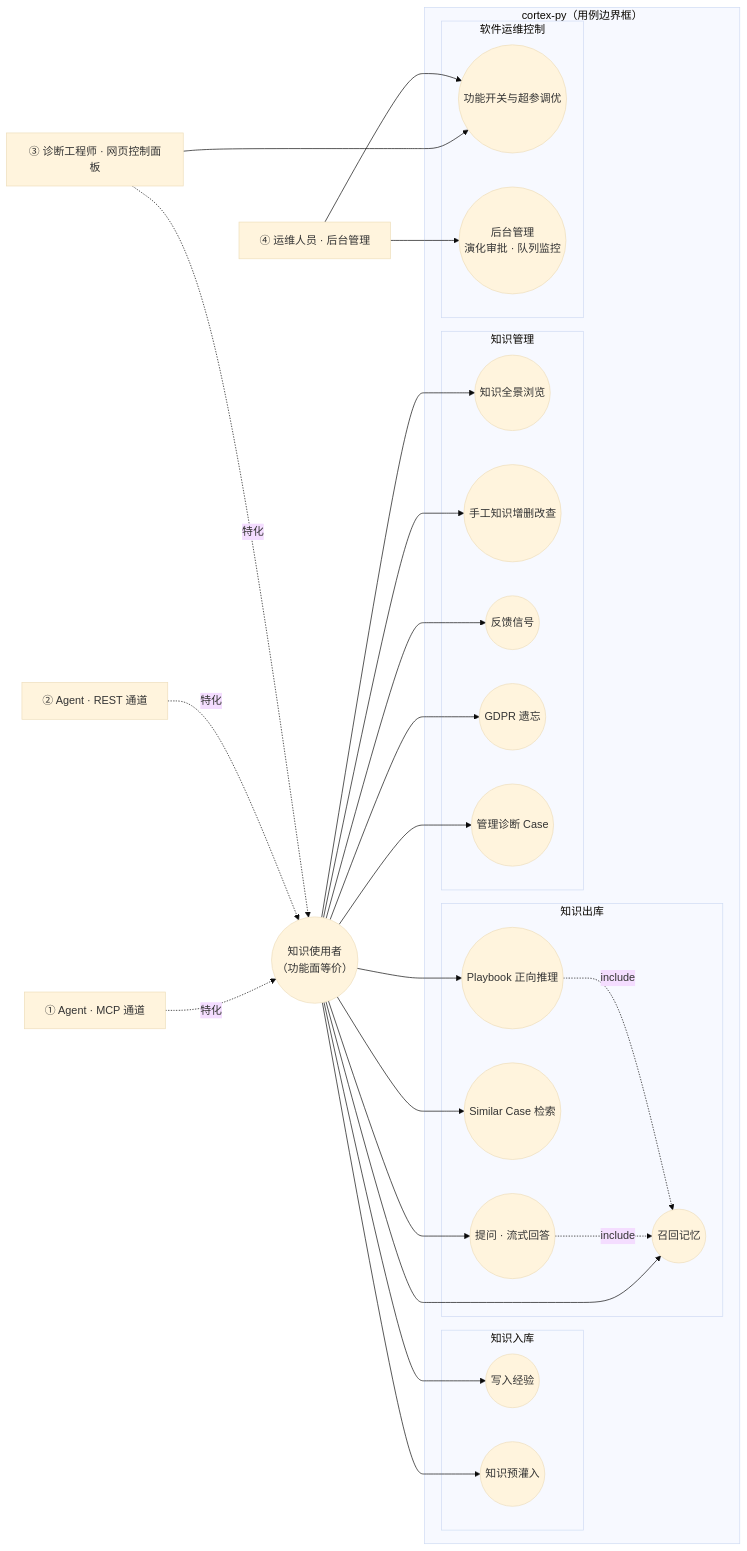
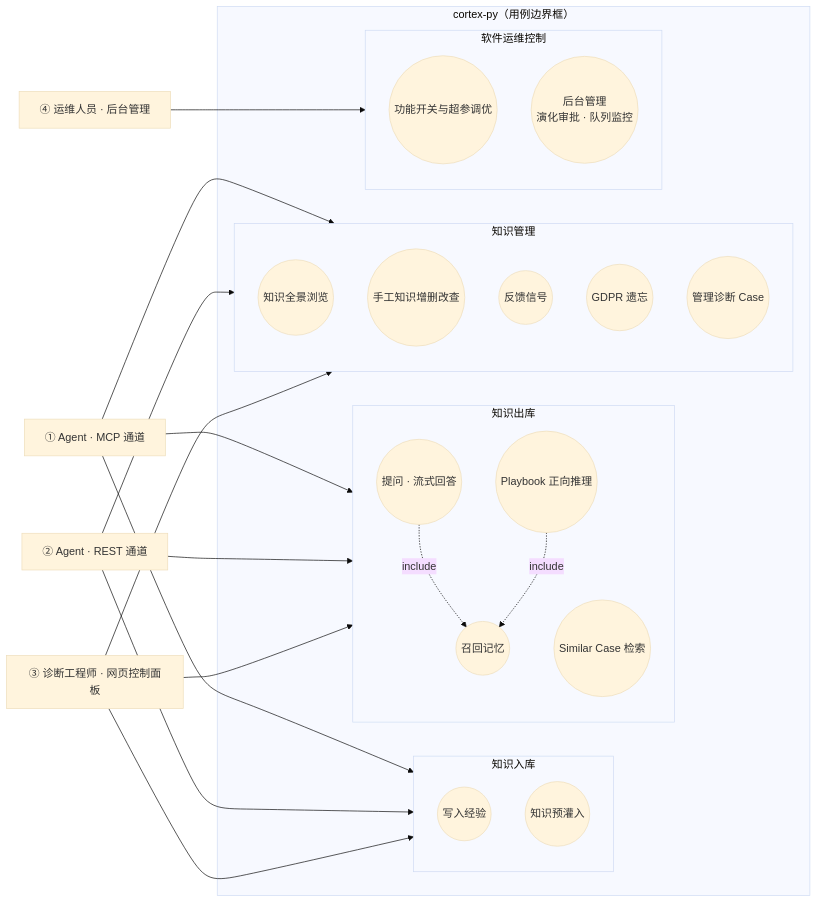
Before and after one commit to pty819/cortex-py-book: the seventh of 10 diagrams in source/chapters/23-architecture-diagrams.md, drawn with Mermaid (base theme). The commit also changed other lines of this file, not shown here.

````diff
--- a/source/chapters/23-architecture-diagrams.md
+++ b/source/chapters/23-architecture-diagrams.md
@@ -424,53 +424,44 @@
 ```{mermaid}
 graph LR
     AGM["① Agent · MCP 通道"]
     AGR["② Agent · REST 通道"]
     ENG["③ 诊断工程师 · 网页控制面板"]
-    USER(("知识使用者<br/>（功能面等价）"))
     OPS["④ 运维人员 · 后台管理"]
-
-    AGM -.->|特化| USER
-    AGR -.->|特化| USER
-    ENG -.->|特化| USER
 
     subgraph SYS["cortex-py（用例边界框）"]
         subgraph SUB_IN["知识入库"]
             UC1(("写入经验"))
             UC2(("知识预灌入"))
         end
         subgraph SUB_OUT["知识出库"]
             UC3(("召回记忆"))
             UC4(("提问 · 流式回答"))
             UC5(("Similar Case 检索"))
             UC6(("Playbook 正向推理"))
         end
         subgraph SUB_MGMT["知识管理"]
             UC7(("知识全景浏览"))
             UC8(("手工知识增删改查"))
             UC9(("反馈信号"))
             UC10(("GDPR 遗忘"))
             UC11(("管理诊断 Case"))
         end
         subgraph SUB_OPS["软件运维控制"]
             UC12(("功能开关与超参调优"))
             UC13(("后台管理<br/>演化审批 · 队列监控"))
         end
     end
 
-    USER --> UC1
-    USER --> UC2
-    USER --> UC3
-    USER --> UC4
-    USER --> UC5
-    USER --> UC6
-    USER --> UC7
-    USER --> UC8
-    USER --> UC9
-    USER --> UC10
-    USER --> UC11
-    ENG --> UC12
-    OPS --> UC12
-    OPS --> UC13
+    AGM --> SUB_IN
+    AGM --> SUB_OUT
+    AGM --> SUB_MGMT
+    AGR --> SUB_IN
+    AGR --> SUB_OUT
+    AGR --> SUB_MGMT
+    ENG --> SUB_IN
+    ENG --> SUB_OUT
+    ENG --> SUB_MGMT
+    OPS --> SUB_OPS
     UC4 -.->|include| UC3
     UC6 -.->|include| UC3
 ```
````
